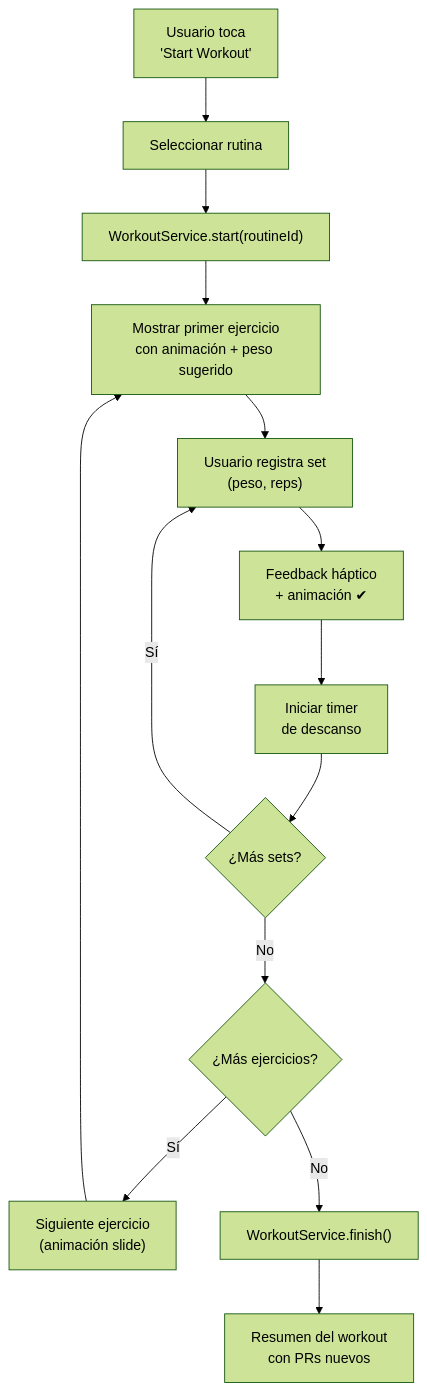
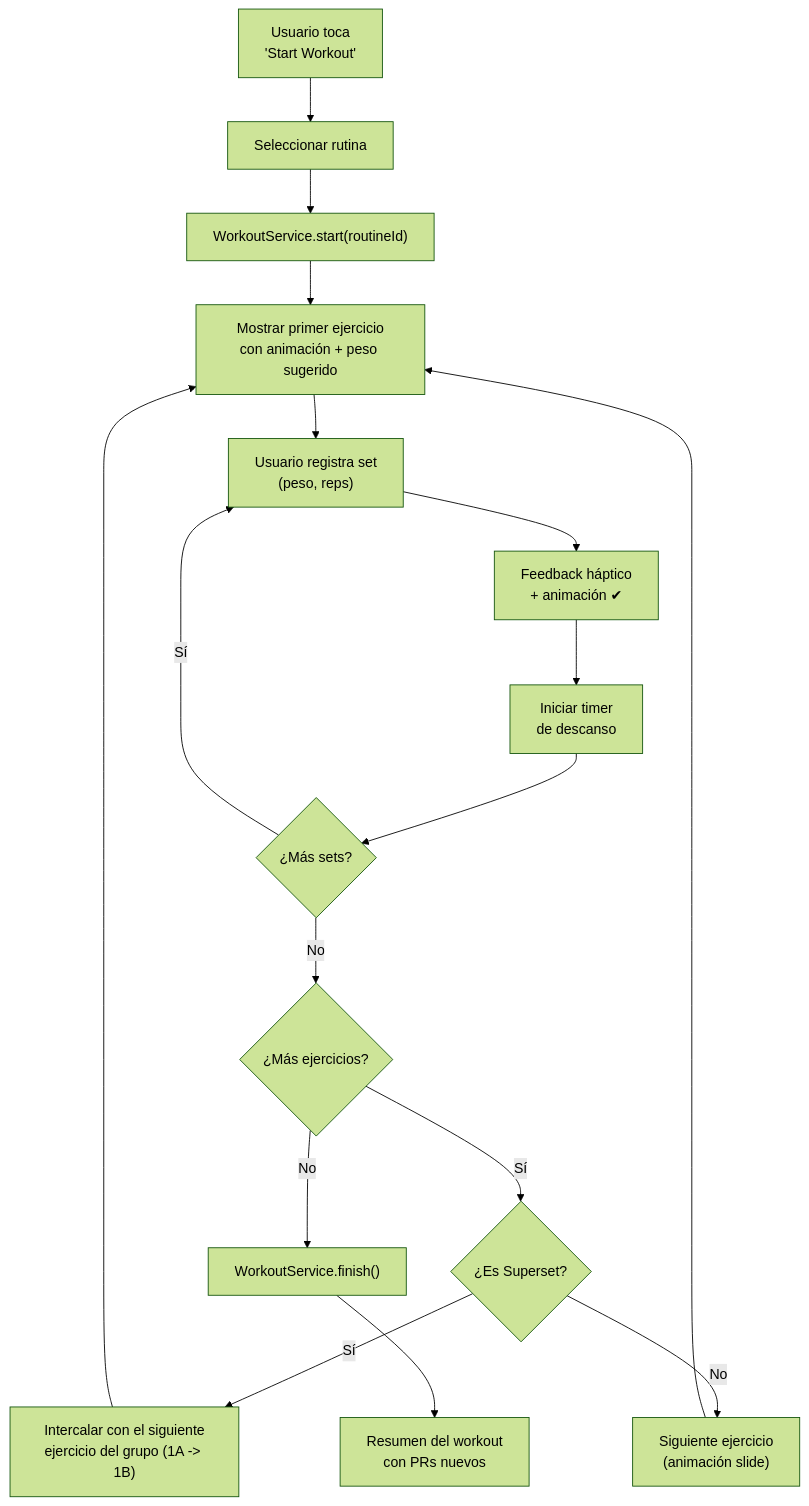
One commit to Rueda-Juan/gymApp changed the fourth of 5 diagrams in Docs/Front.md. Above: the diagram before and after it, drawn with Mermaid (forest theme). The commit also changed other lines of this file and 79 other files, not shown here.

````diff
--- a/Docs/Front.md
+++ b/Docs/Front.md
@@ -337,20 +352,23 @@
 ```mermaid
 flowchart TD
     A["Usuario toca\n'Start Workout'"] --> B["Seleccionar rutina"]
     B --> C["WorkoutService.start(routineId)"]
     C --> D["Mostrar primer ejercicio\ncon animación + peso sugerido"]
 
     D --> E["Usuario registra set\n(peso, reps)"]
     E --> F["Feedback háptico\n+ animación ✔"]
     F --> G["Iniciar timer\nde descanso"]
     G --> H{"¿Más sets?"}
 
     H -- Sí --> E
     H -- No --> I{"¿Más ejercicios?"}
 
-    I -- Sí --> J["Siguiente ejercicio\n(animación slide)"]
-    J --> D
+    I -- Sí --> J{"¿Es Superset?"}
+    J -- Sí --> M["Intercalar con el siguiente\nejercicio del grupo (1A -> 1B)"]
+    J -- No --> N["Siguiente ejercicio\n(animación slide)"]
+    M --> D
+    N --> D
 
     I -- No --> K["WorkoutService.finish()"]
     K --> L["Resumen del workout\ncon PRs nuevos"]
 ```
````
